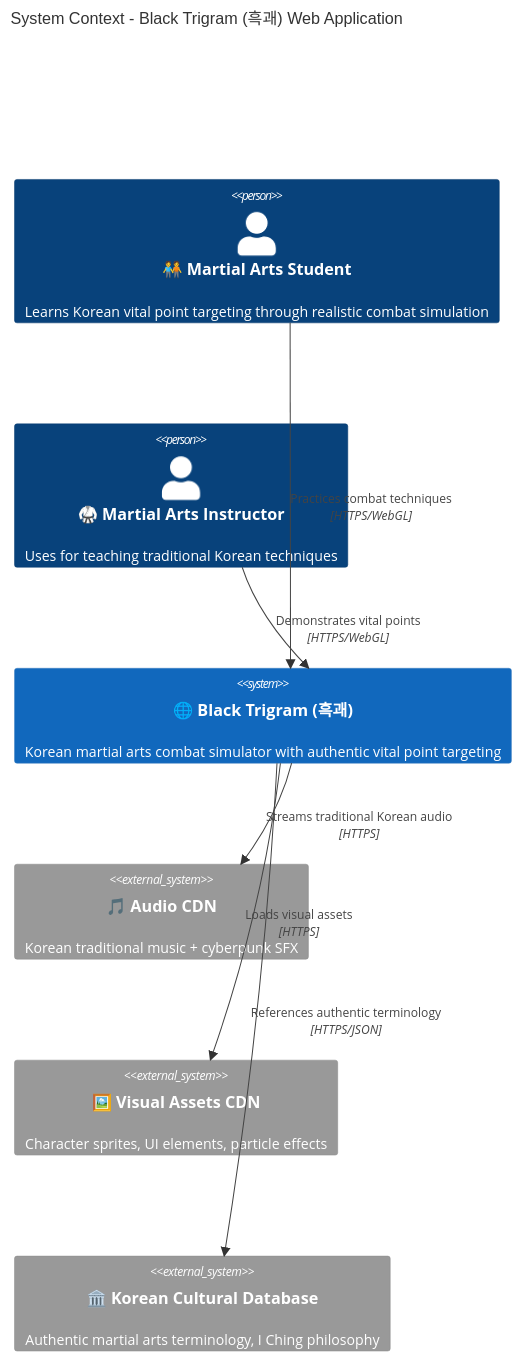
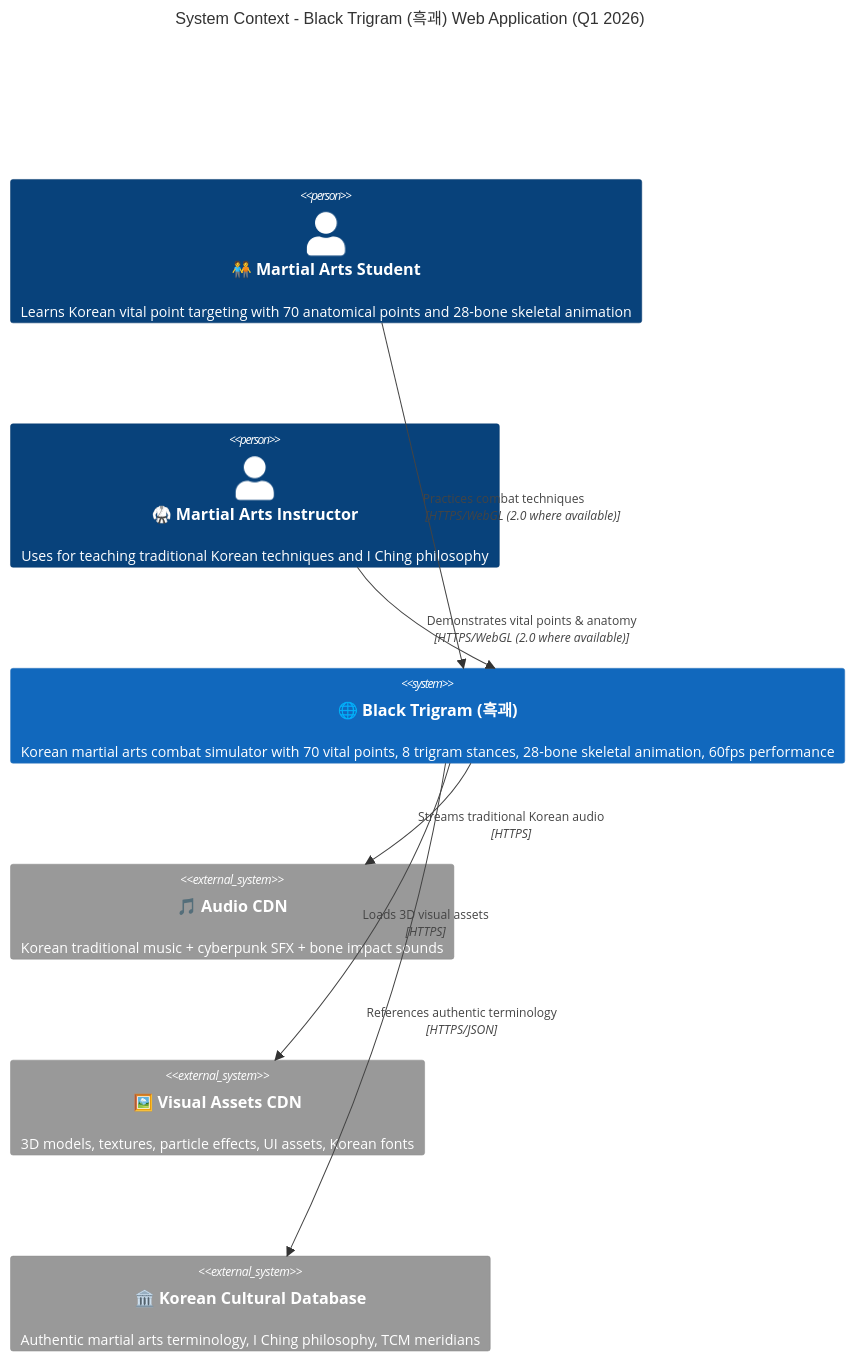
The first of 22 diagrams in docs/api/media/ARCHITECTURE.md (Hack23/blacktrigram), drawn with Mermaid before and after one commit. The commit also changed other lines of this file and 1833 other files, not shown here.

````diff
--- a/docs/api/media/ARCHITECTURE.md
+++ b/docs/api/media/ARCHITECTURE.md
@@ -34,22 +32,22 @@
 ```mermaid
 C4Context
-    title System Context - Black Trigram (흑괘) Web Application
+    title System Context - Black Trigram (흑괘) Web Application (Q1 2026)
 
-    Person(player, "🧑‍🤝‍🧑 Martial Arts Student", "Learns Korean vital point targeting through realistic combat simulation")
-    Person(instructor, "🥋 Martial Arts Instructor", "Uses for teaching traditional Korean techniques")
+    Person(player, "🧑‍🤝‍🧑 Martial Arts Student", "Learns Korean vital point targeting with 70 anatomical points and 28-bone skeletal animation")
+    Person(instructor, "🥋 Martial Arts Instructor", "Uses for teaching traditional Korean techniques and I Ching philosophy")
     
-    System(blackTrigram, "🌐 Black Trigram (흑괘)", "Korean martial arts combat simulator with authentic vital point targeting")
+    System(blackTrigram, "🌐 Black Trigram (흑괘)", "Korean martial arts combat simulator with 70 vital points, 8 trigram stances, 28-bone skeletal animation, 60fps performance")
     
-    System_Ext(audioCDN, "🎵 Audio CDN", "Korean traditional music + cyberpunk SFX")
-    System_Ext(artCDN, "🖼️ Visual Assets CDN", "Character sprites, UI elements, particle effects")
-    System_Ext(culturalDB, "🏛️ Korean Cultural Database", "Authentic martial arts terminology, I Ching philosophy")
+    System_Ext(audioCDN, "🎵 Audio CDN", "Korean traditional music + cyberpunk SFX + bone impact sounds")
+    System_Ext(artCDN, "🖼️ Visual Assets CDN", "3D models, textures, particle effects, UI assets, Korean fonts")
+    System_Ext(culturalDB, "🏛️ Korean Cultural Database", "Authentic martial arts terminology, I Ching philosophy, TCM meridians")
 
-    Rel(player, blackTrigram, "Practices combat techniques", "HTTPS/WebGL")
-    Rel(instructor, blackTrigram, "Demonstrates vital points", "HTTPS/WebGL")
+    Rel(player, blackTrigram, "Practices combat techniques", "HTTPS/WebGL (2.0 where available)")
+    Rel(instructor, blackTrigram, "Demonstrates vital points & anatomy", "HTTPS/WebGL (2.0 where available)")
     
     Rel(blackTrigram, audioCDN, "Streams traditional Korean audio", "HTTPS")
-    Rel(blackTrigram, artCDN, "Loads visual assets", "HTTPS")
+    Rel(blackTrigram, artCDN, "Loads 3D visual assets", "HTTPS")
     Rel(blackTrigram, culturalDB, "References authentic terminology", "HTTPS/JSON")
 
     UpdateLayoutConfig($c4ShapeInRow="2", $c4BoundaryInRow="1")
   ```
````
